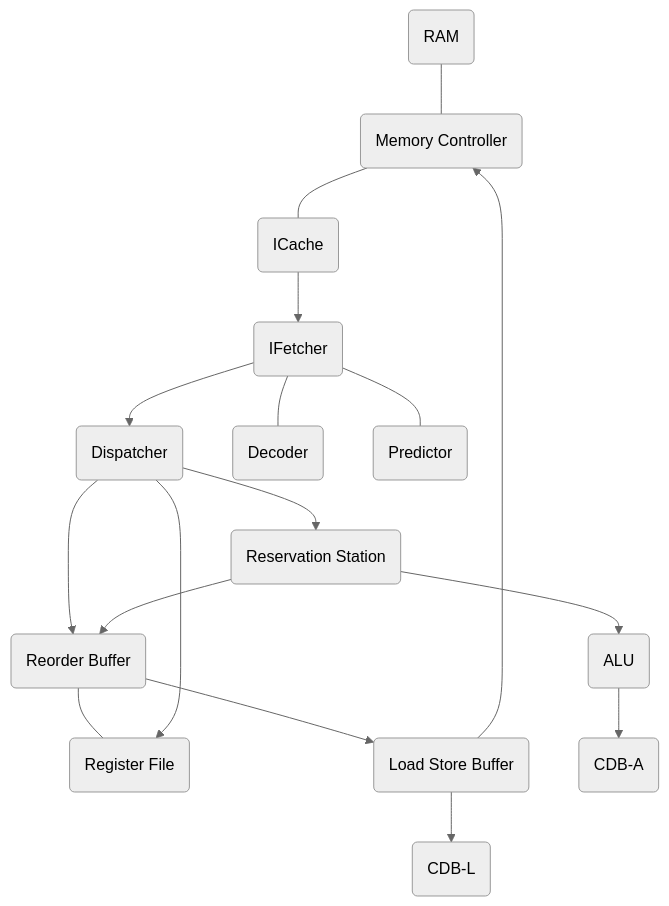
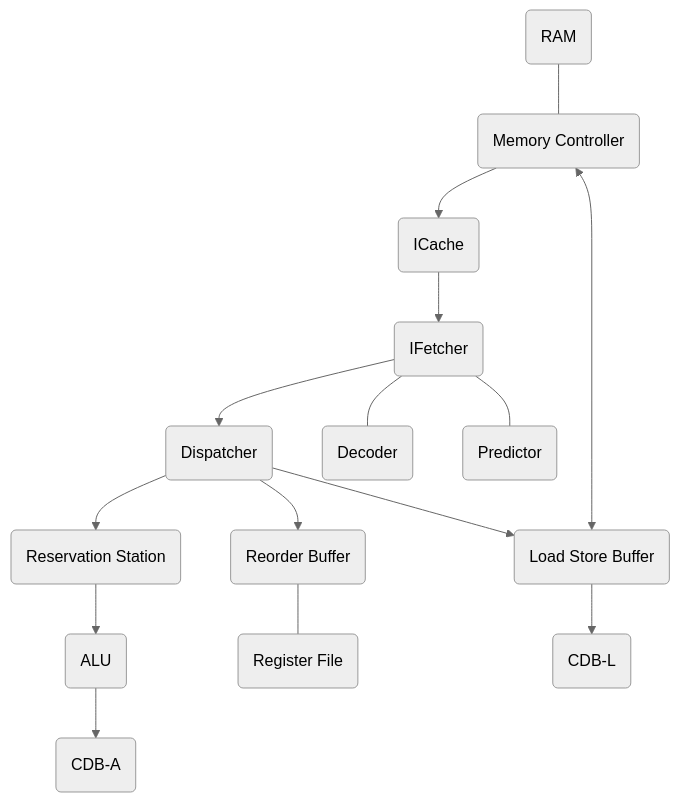
One commit to HenryHe0123/RISC-V-CPU changed the diagram in README.md. Above: the diagram before and after it, drawn with Mermaid (neutral theme). The commit also changed other lines of this file and 3 other files, not shown here.

````diff
--- a/README.md
+++ b/README.md
@@ -7,19 +7,17 @@
 ```mermaid
 flowchart TD
     A(RAM) --- B(Memory Controller)
-    B --- C(ICache)
+    B --> C(ICache)
     C --> D(IFetcher)
     D --> E(Dispatcher)
     D --- M(Decoder)
     D --- N(Predictor)
     E --> F(Reservation Station)
     E --> G(Reorder Buffer)
-    F --> G
     G --- H(Register File)
-    E --> H
-    G --> I(Load Store Buffer)
-    I --> B
+    E --> I(Load Store Buffer)
+    I <--> B
     I --> J(CDB-L)
     F --> K(ALU)
     K --> L(CDB-A)
 ```
````
